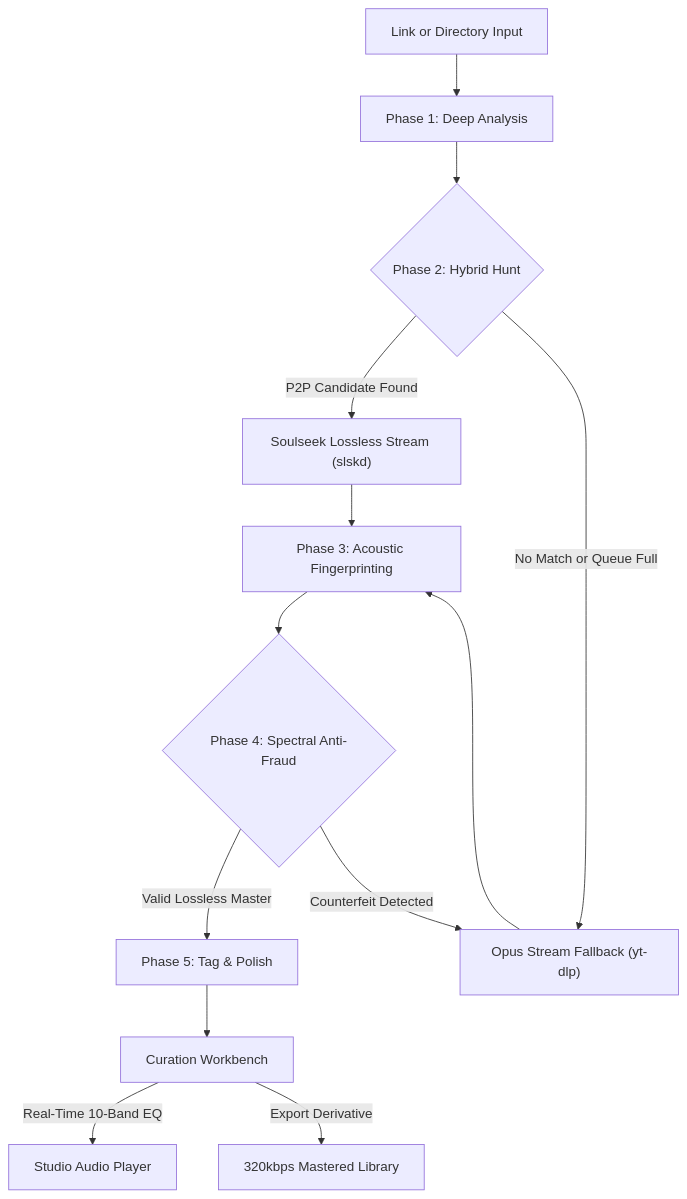
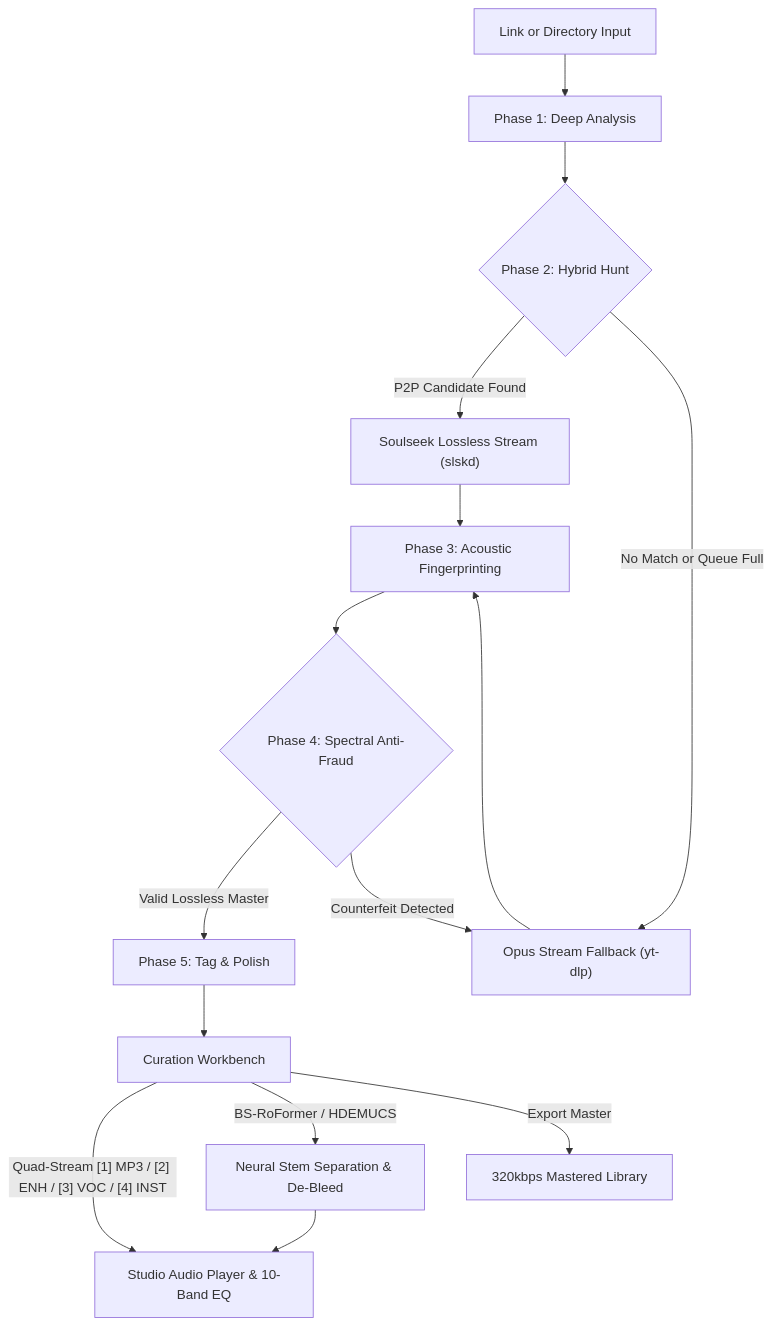
The diagram in README.md (abdullah-binmadhi/OmniRip), drawn with Mermaid before and after one commit. The commit also changed other lines of this file and 14 other files, not shown here.

````diff
--- a/README.md
+++ b/README.md
@@ -91,15 +103,17 @@
 ```mermaid
 graph TD
     A["Link or Directory Input"] --> P1["Phase 1: Deep Analysis"]
     P1 --> P2{"Phase 2: Hybrid Hunt"}
     P2 -->|"P2P Candidate Found"| S1["Soulseek Lossless Stream (slskd)"]
     P2 -->|"No Match or Queue Full"| S2["Opus Stream Fallback (yt-dlp)"]
     S1 --> P3["Phase 3: Acoustic Fingerprinting"]
     S2 --> P3
     P3 --> P4{"Phase 4: Spectral Anti-Fraud"}
     P4 -->|"Valid Lossless Master"| P5["Phase 5: Tag & Polish"]
     P4 -->|"Counterfeit Detected"| S2
     P5 --> WB["Curation Workbench"]
-    WB -->|"Real-Time 10-Band EQ"| PL["Studio Audio Player"]
-    WB -->|"Export Derivative"| OUT["320kbps Mastered Library"]
+    WB -->|"Quad-Stream [1] MP3 / [2] ENH / [3] VOC / [4] INST"| PL["Studio Audio Player & 10-Band EQ"]
+    WB -->|"BS-RoFormer / HDEMUCS"| STM["Neural Stem Separation & De-Bleed"]
+    STM --> PL
+    WB -->|"Export Master"| OUT["320kbps Mastered Library"]
 ```
````
